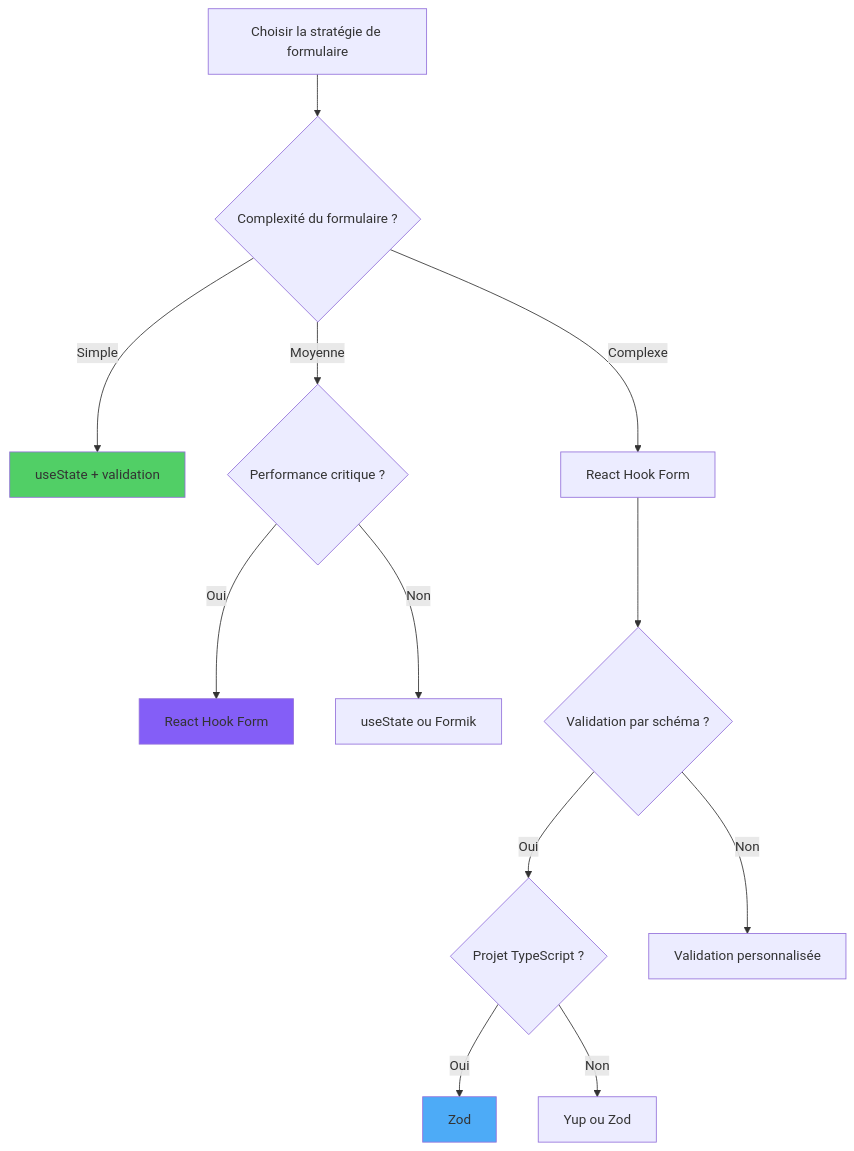
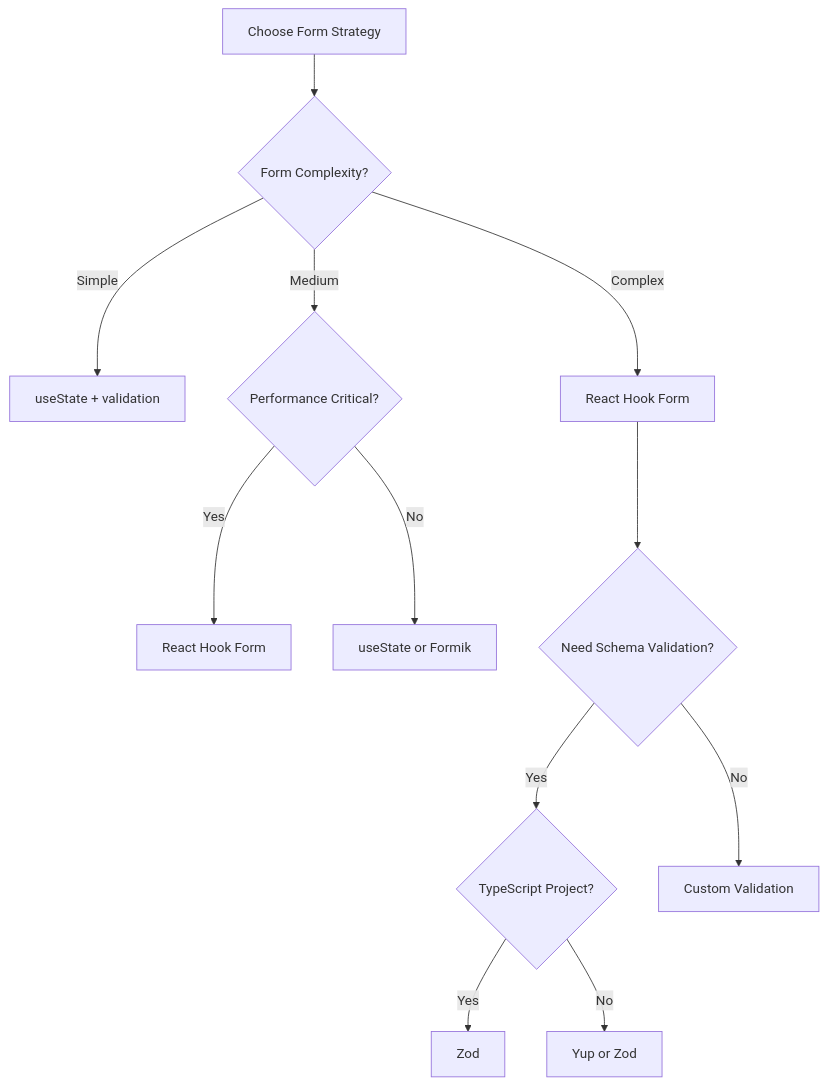
The fifth of 5 diagrams in arguments/chapters/fr/08-forms-and-validations.md (BabaScience/react-guides), drawn with Mermaid before and after one commit. The commit also changed other lines of this file and 29 other files, not shown here.

First line of the commit message:
Bring React FR/IT translations to full English parity + theme-safe diagrams

````diff
--- a/arguments/chapters/fr/08-forms-and-validations.md
+++ b/arguments/chapters/fr/08-forms-and-validations.md
@@ -340,22 +2530,19 @@
 ```mermaid
 graph TD
-    A["Choisir la stratégie de formulaire"] --> B{"Complexité du formulaire ?"}
-
-    B -->|Simple| C["useState + validation"]
-    B -->|Moyenne| D{"Performance critique ?"}
-    B -->|Complexe| E["React Hook Form"]
-
-    D -->|Oui| F["React Hook Form"]
-    D -->|Non| G["useState ou Formik"]
-
-    E --> H{"Validation par schéma ?"}
-    H -->|Oui| I{"Projet TypeScript ?"}
-    H -->|Non| J["Validation personnalisée"]
-
-    I -->|Oui| K["Zod"]
-    I -->|Non| L["Yup ou Zod"]
-
-    style C fill:#51cf66
-    style F fill:#845ef7
-    style K fill:#4dabf7
+    A[Choose Form Strategy] --> B{Form Complexity?}
+    
+    B -->|Simple| C[useState + validation]
+    B -->|Medium| D{Performance Critical?}
+    B -->|Complex| E[React Hook Form]
+    
+    D -->|Yes| F[React Hook Form]
+    D -->|No| G[useState or Formik]
+    
+    E --> H{Need Schema Validation?}
+    H -->|Yes| I{TypeScript Project?}
+    H -->|No| J[Custom Validation]
+    
+    I -->|Yes| K[Zod]
+    I -->|No| L[Yup or Zod]
+    
 ```
````
